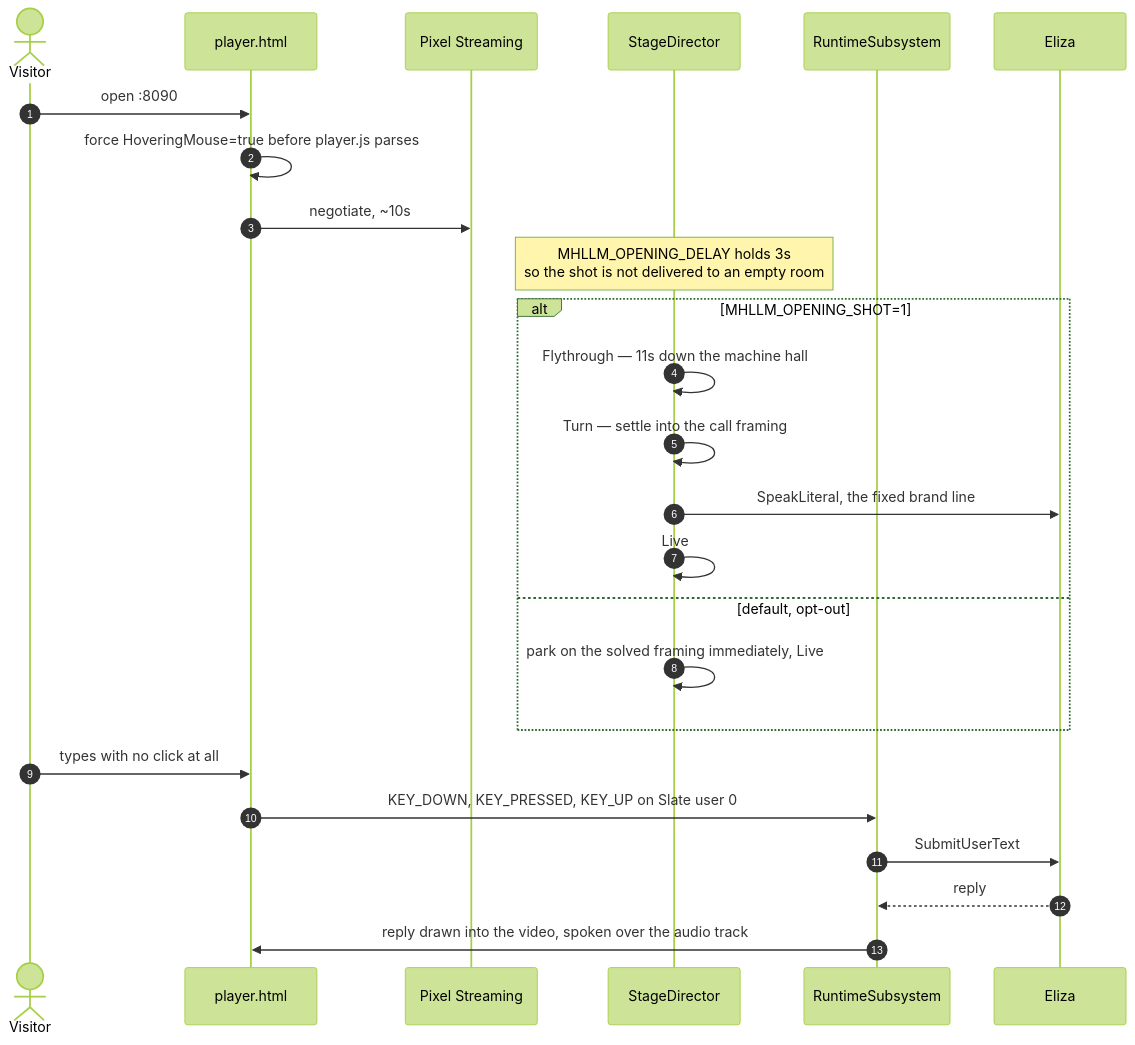
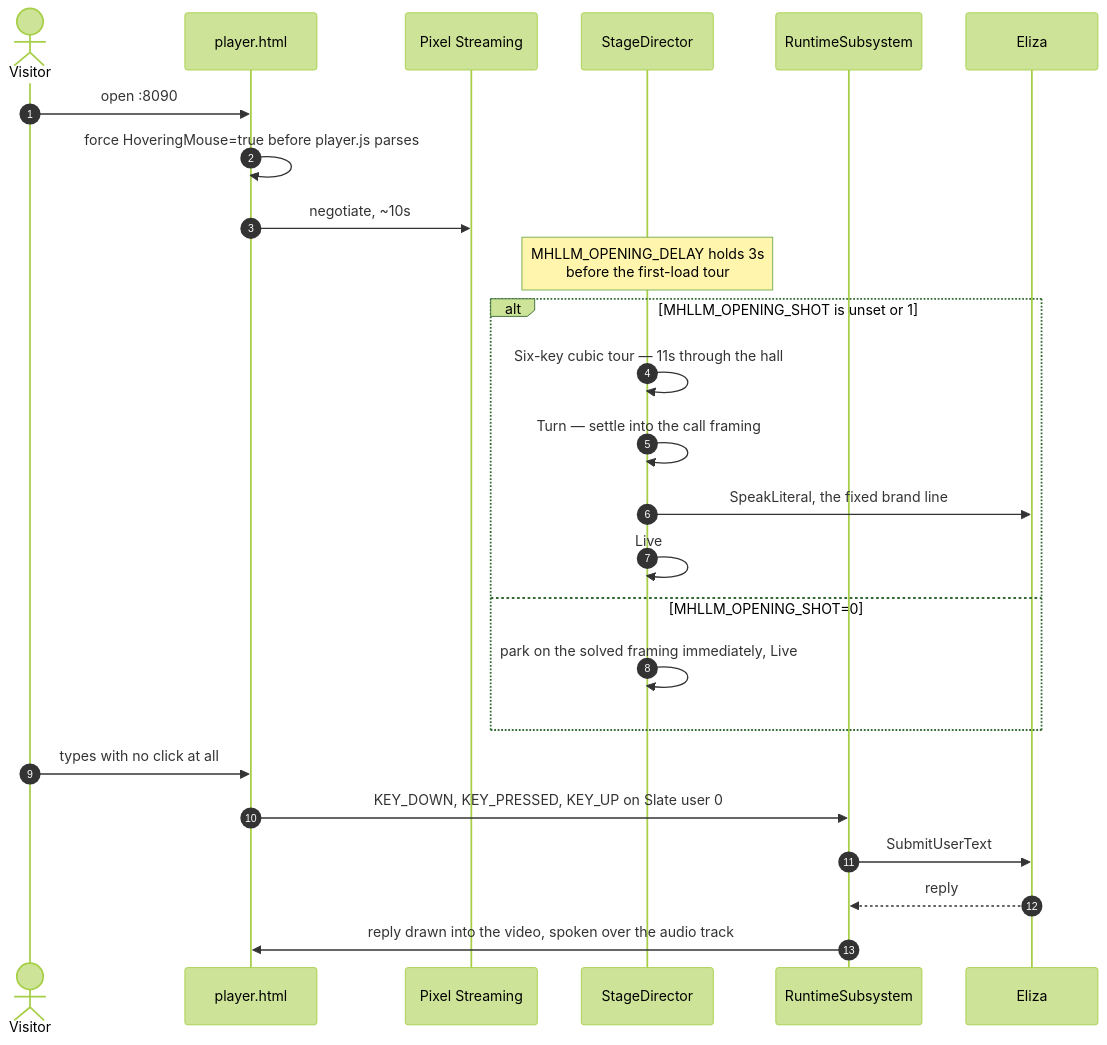
Before and after one commit to companionintelligence/CI-MetaHuman: the first of 3 diagrams in Docs/USER-FLOWS.md, drawn with Mermaid (forest theme). The commit also changed other lines of this file and 12 other files, not shown here.

First line of the commit message:
Add first-load datacenter camera tour (#20)

````diff
--- a/Docs/USER-FLOWS.md
+++ b/Docs/USER-FLOWS.md
@@ -28,28 +28,28 @@
 ```mermaid
 sequenceDiagram
     autonumber
     actor V as Visitor
     participant PG as player.html
     participant PS as Pixel Streaming
     participant SD as StageDirector
     participant RT as RuntimeSubsystem
     participant E as Eliza
 
     V->>PG: open :8090
     PG->>PG: force HoveringMouse=true before player.js parses
     PG->>PS: negotiate, ~10s
-    Note over SD: MHLLM_OPENING_DELAY holds 3s<br/>so the shot is not delivered to an empty room
-    alt MHLLM_OPENING_SHOT=1
-        SD->>SD: Flythrough — 11s down the machine hall
+    Note over SD: MHLLM_OPENING_DELAY holds 3s<br/>before the first-load tour
+    alt MHLLM_OPENING_SHOT is unset or 1
+        SD->>SD: Six-key cubic tour — 11s through the hall
         SD->>SD: Turn — settle into the call framing
         SD->>E: SpeakLiteral, the fixed brand line
         SD->>SD: Live
-    else default, opt-out
+    else MHLLM_OPENING_SHOT=0
         SD->>SD: park on the solved framing immediately, Live
     end
     V->>PG: types with no click at all
     PG->>RT: KEY_DOWN, KEY_PRESSED, KEY_UP on Slate user 0
     RT->>E: SubmitUserText
     E-->>RT: reply
     RT->>PG: reply drawn into the video, spoken over the audio track
 ```
````
